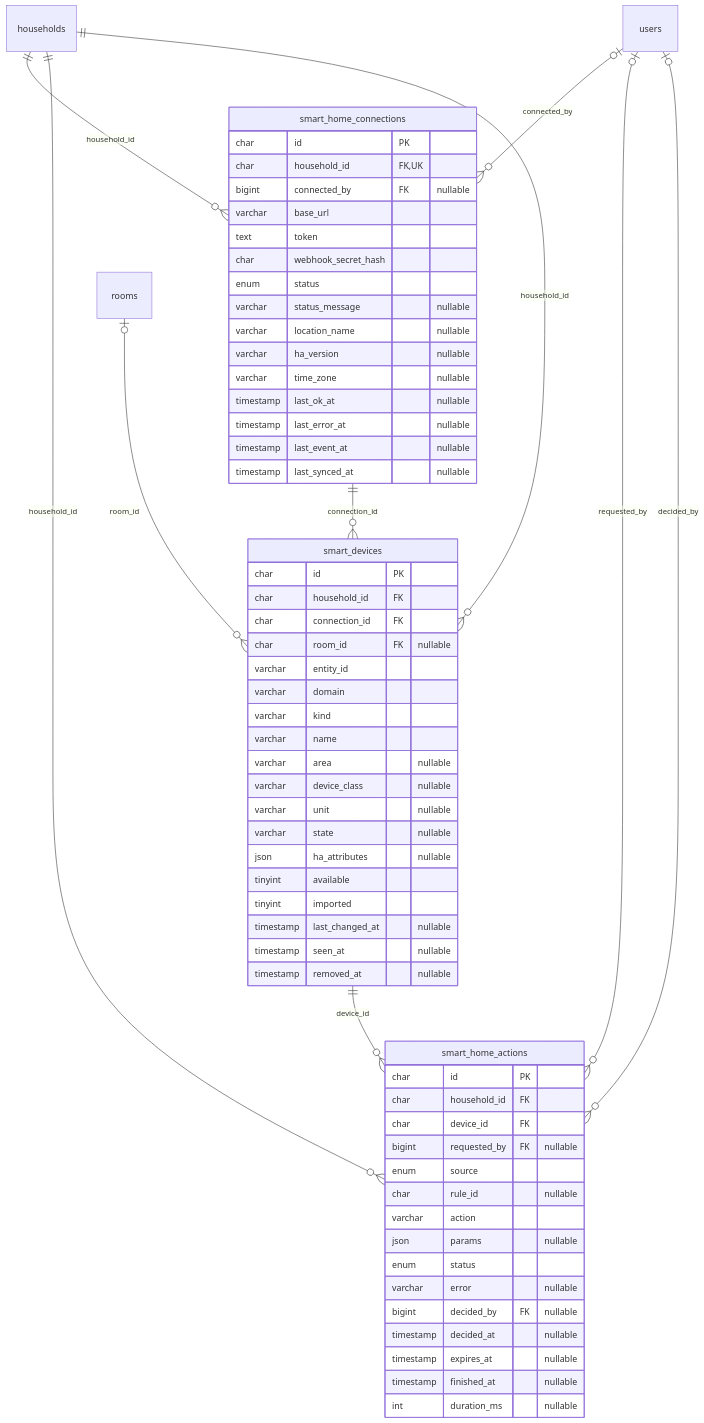
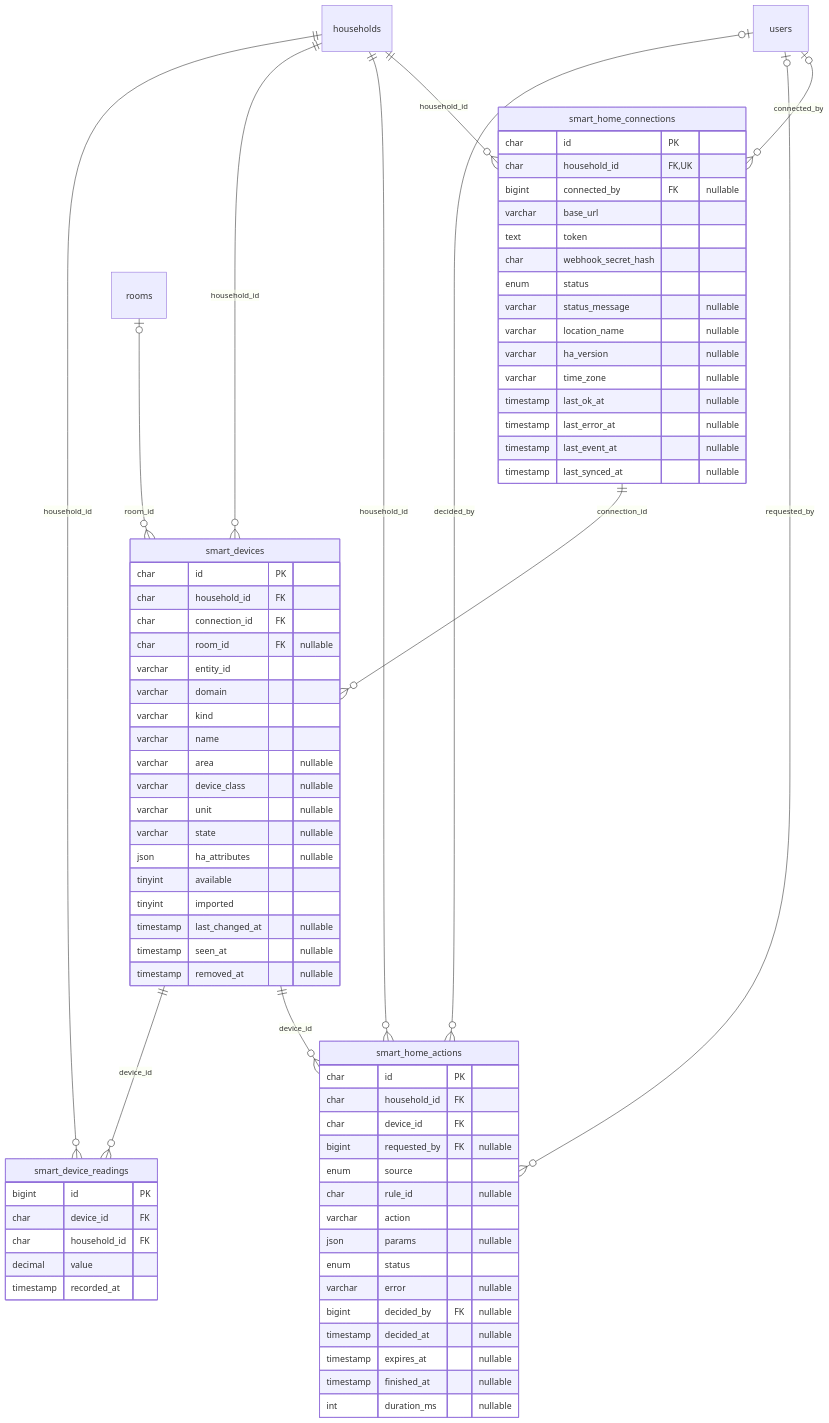
One commit to kgiannopoulou/home-helper-api changed diagram 13 of 13 in docs/database.md. Above: the diagram before and after it, drawn with Mermaid. The commit also changed other lines of this file and 17 other files, not shown here.

Commit message:
Smart home: temperature and humidity history, comfort and dew point per room, charts (day 78)

````diff
--- a/docs/database.md
+++ b/docs/database.md
@@ -758,66 +759,75 @@
 ```mermaid
 erDiagram
     smart_home_connections {
         char id PK
         char household_id FK, UK
         bigint connected_by FK "nullable"
         varchar base_url
         text token
         char webhook_secret_hash
         enum status
         varchar status_message "nullable"
         varchar location_name "nullable"
         varchar ha_version "nullable"
         varchar time_zone "nullable"
         timestamp last_ok_at "nullable"
         timestamp last_error_at "nullable"
         timestamp last_event_at "nullable"
         timestamp last_synced_at "nullable"
     }
     smart_devices {
         char id PK
         char household_id FK
         char connection_id FK
         char room_id FK "nullable"
         varchar entity_id
         varchar domain
         varchar kind
         varchar name
         varchar area "nullable"
         varchar device_class "nullable"
         varchar unit "nullable"
         varchar state "nullable"
         json ha_attributes "nullable"
         tinyint available
         tinyint imported
         timestamp last_changed_at "nullable"
         timestamp seen_at "nullable"
         timestamp removed_at "nullable"
     }
+    smart_device_readings {
+        bigint id PK
+        char device_id FK
+        char household_id FK
+        decimal value
+        timestamp recorded_at
+    }
     smart_home_actions {
         char id PK
         char household_id FK
         char device_id FK
         bigint requested_by FK "nullable"
         enum source
         char rule_id "nullable"
         varchar action
         json params "nullable"
         enum status
         varchar error "nullable"
         bigint decided_by FK "nullable"
         timestamp decided_at "nullable"
         timestamp expires_at "nullable"
         timestamp finished_at "nullable"
         int duration_ms "nullable"
     }
+    smart_devices ||--o{ smart_device_readings : "device_id"
+    households ||--o{ smart_device_readings : "household_id"
     smart_home_connections ||--o{ smart_devices : "connection_id"
     households ||--o{ smart_devices : "household_id"
     rooms |o--o{ smart_devices : "room_id"
     users |o--o{ smart_home_actions : "decided_by"
     smart_devices ||--o{ smart_home_actions : "device_id"
     households ||--o{ smart_home_actions : "household_id"
     users |o--o{ smart_home_actions : "requested_by"
     users |o--o{ smart_home_connections : "connected_by"
     households ||--o{ smart_home_connections : "household_id"
 ```
````
